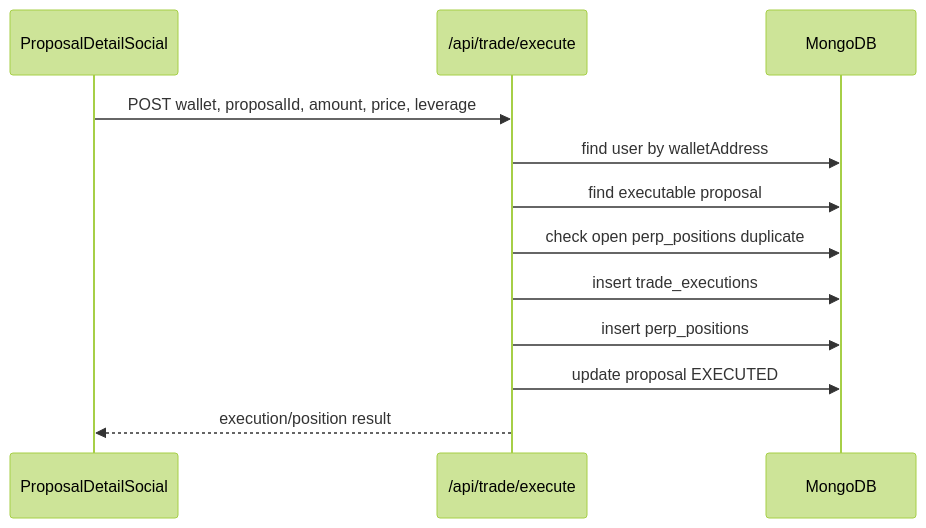
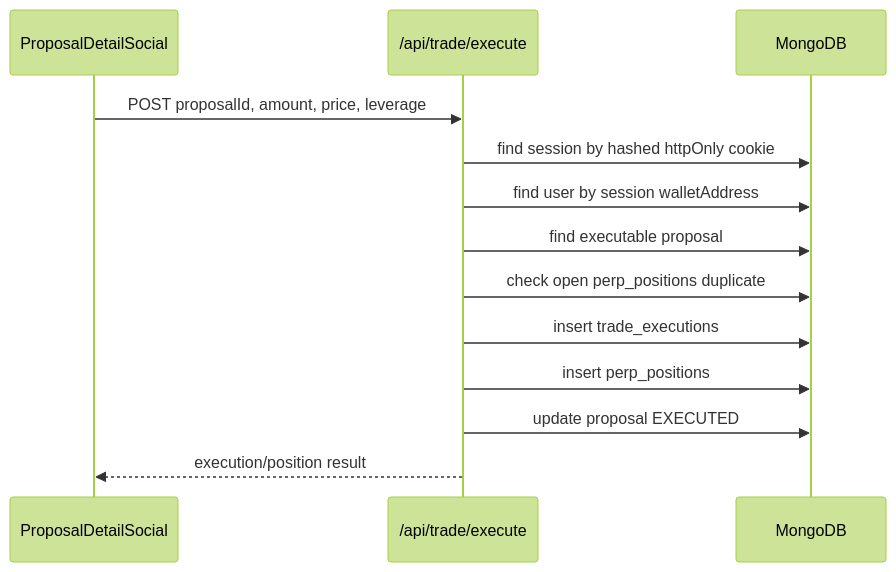
Before and after one commit to nguyendingluong20225878/Gr2_prj: the third of 3 diagrams in apps/web/app/api/flow.md, drawn with Mermaid (forest theme). The commit also changed other lines of this file and 122 other files, not shown here.

````diff
--- a/apps/web/app/api/flow.md
+++ b/apps/web/app/api/flow.md
@@ -12,14 +31,15 @@
 ```mermaid
 sequenceDiagram
   participant UI as ProposalDetailSocial
   participant API as /api/trade/execute
   participant DB as MongoDB
-  UI->>API: POST wallet, proposalId, amount, price, leverage
-  API->>DB: find user by walletAddress
+  UI->>API: POST proposalId, amount, price, leverage
+  API->>DB: find session by hashed httpOnly cookie
+  API->>DB: find user by session walletAddress
   API->>DB: find executable proposal
   API->>DB: check open perp_positions duplicate
   API->>DB: insert trade_executions
   API->>DB: insert perp_positions
   API->>DB: update proposal EXECUTED
   API-->>UI: execution/position result
 ```
````
